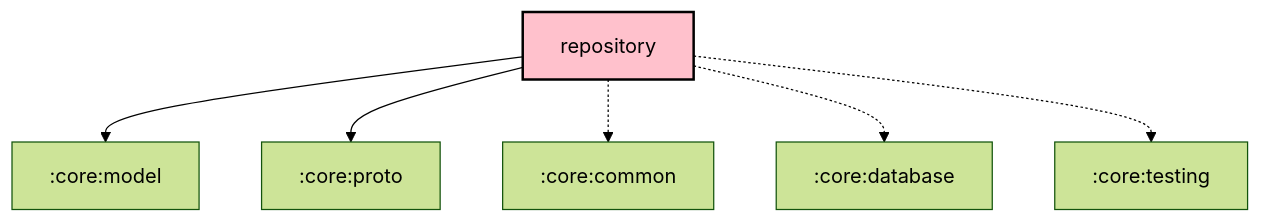
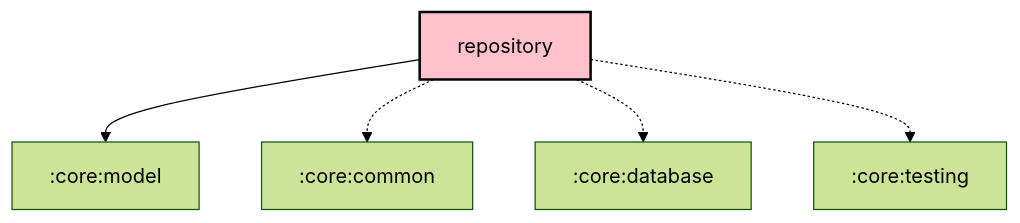
Before and after one commit to meshtastic/Meshtastic-Android: the diagram in core/repository/README.md, drawn with Mermaid (forest theme). The commit also changed 17 other files, not shown here.

First line of the commit message:
chore: Scheduled updates (Firmware, Hardware, Translations, Graphs)

````diff
--- a/core/repository/README.md
+++ b/core/repository/README.md
@@ -155,23 +155,22 @@
 ```mermaid
 graph TB
   :core:repository[repository]:::kmp-library
   :core:repository --> :core:model
-  :core:repository --> :core:proto
   :core:repository -.-> :core:common
   :core:repository -.-> :core:database
   :core:repository -.-> :core:testing
 
 classDef android-application fill:#CAFFBF,stroke:#000,stroke-width:2px,color:#000;
 classDef android-application-compose fill:#CAFFBF,stroke:#000,stroke-width:2px,color:#000;
 classDef compose-desktop-application fill:#CAFFBF,stroke:#000,stroke-width:2px,color:#000;
 classDef android-feature fill:#FFD6A5,stroke:#000,stroke-width:2px,color:#000;
 classDef android-library fill:#9BF6FF,stroke:#000,stroke-width:2px,color:#000;
 classDef android-library-compose fill:#9BF6FF,stroke:#000,stroke-width:2px,color:#000;
 classDef android-test fill:#A0C4FF,stroke:#000,stroke-width:2px,color:#000;
 classDef jvm-library fill:#BDB2FF,stroke:#000,stroke-width:2px,color:#000;
 classDef kmp-feature fill:#FFD6A5,stroke:#000,stroke-width:2px,color:#000;
 classDef kmp-library-compose fill:#FFC1CC,stroke:#000,stroke-width:2px,color:#000;
 classDef kmp-library fill:#FFC1CC,stroke:#000,stroke-width:2px,color:#000;
 classDef unknown fill:#FFADAD,stroke:#000,stroke-width:2px,color:#000;
 
 ```
````
